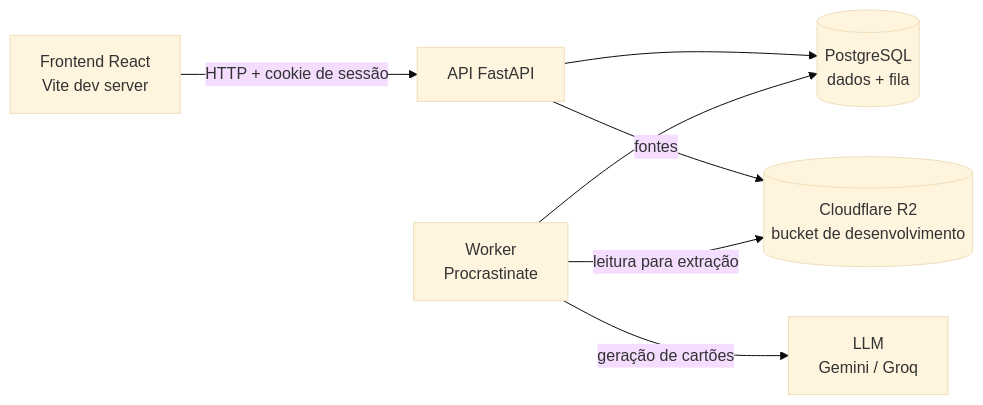
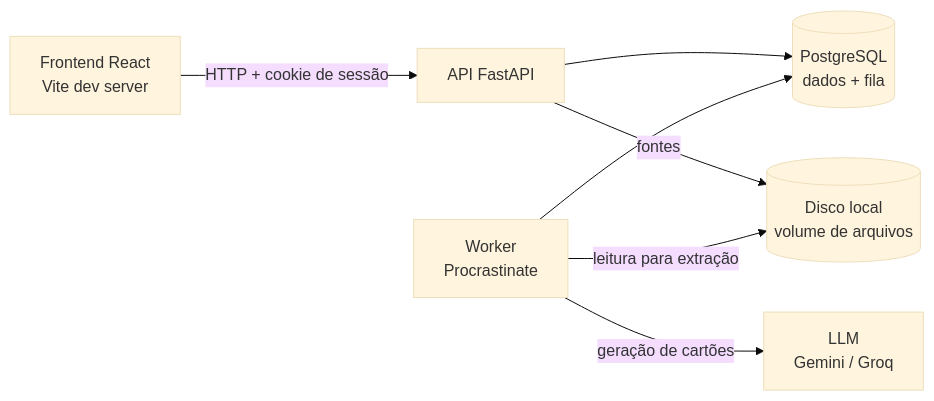
Before and after one commit to AAPW-Systems/plataforma-estudo-gamificada: the first of 2 diagrams in docs/arquitetura/README.md, drawn with Mermaid (base theme). The commit also changed other lines of this file and 3 other files, not shown here.

Commit message:
docs(arquitetura): armazenamento com adaptador por ambiente, disco local no MVP e R2 no final (DTEC 010)

````diff
--- a/docs/arquitetura/README.md
+++ b/docs/arquitetura/README.md
@@ -21,9 +21,9 @@
 ```mermaid
 flowchart LR
     Web[Frontend React<br/>Vite dev server] -->|HTTP + cookie de sessão| API[API FastAPI]
     API --> PG[(PostgreSQL<br/>dados + fila)]
     Worker[Worker<br/>Procrastinate] --> PG
-    API -->|fontes| R2[(Cloudflare R2<br/>bucket de desenvolvimento)]
-    Worker -->|leitura para extração| R2
+    API -->|fontes| Arq[(Disco local<br/>volume de arquivos)]
+    Worker -->|leitura para extração| Arq
     Worker -->|geração de cartões| LLM[LLM<br/>Gemini / Groq]
 ```
````
